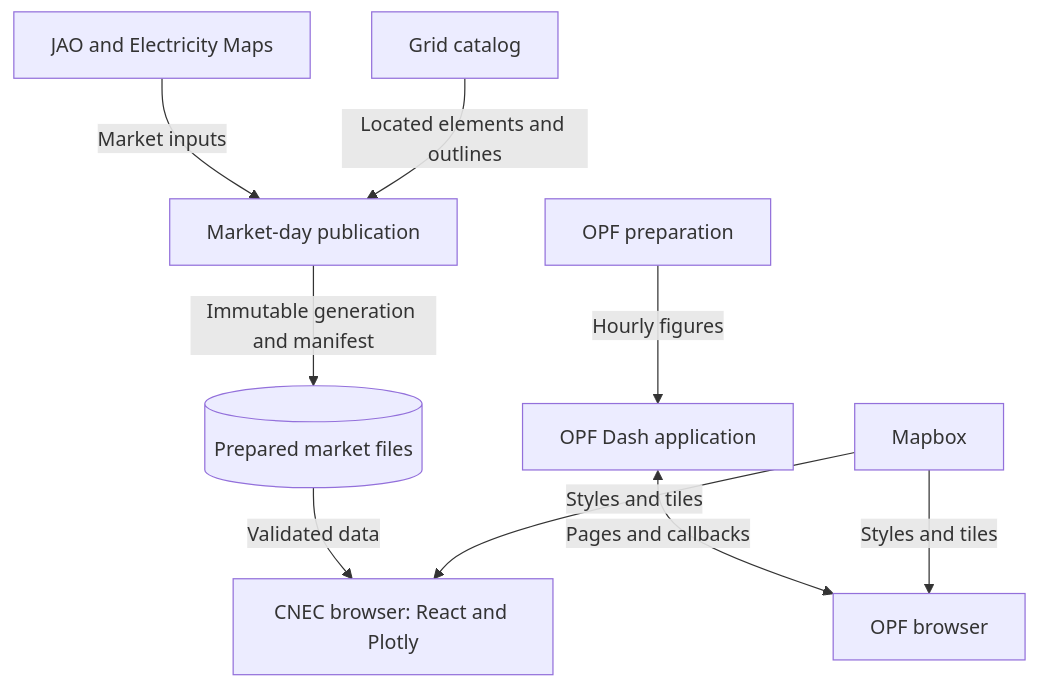
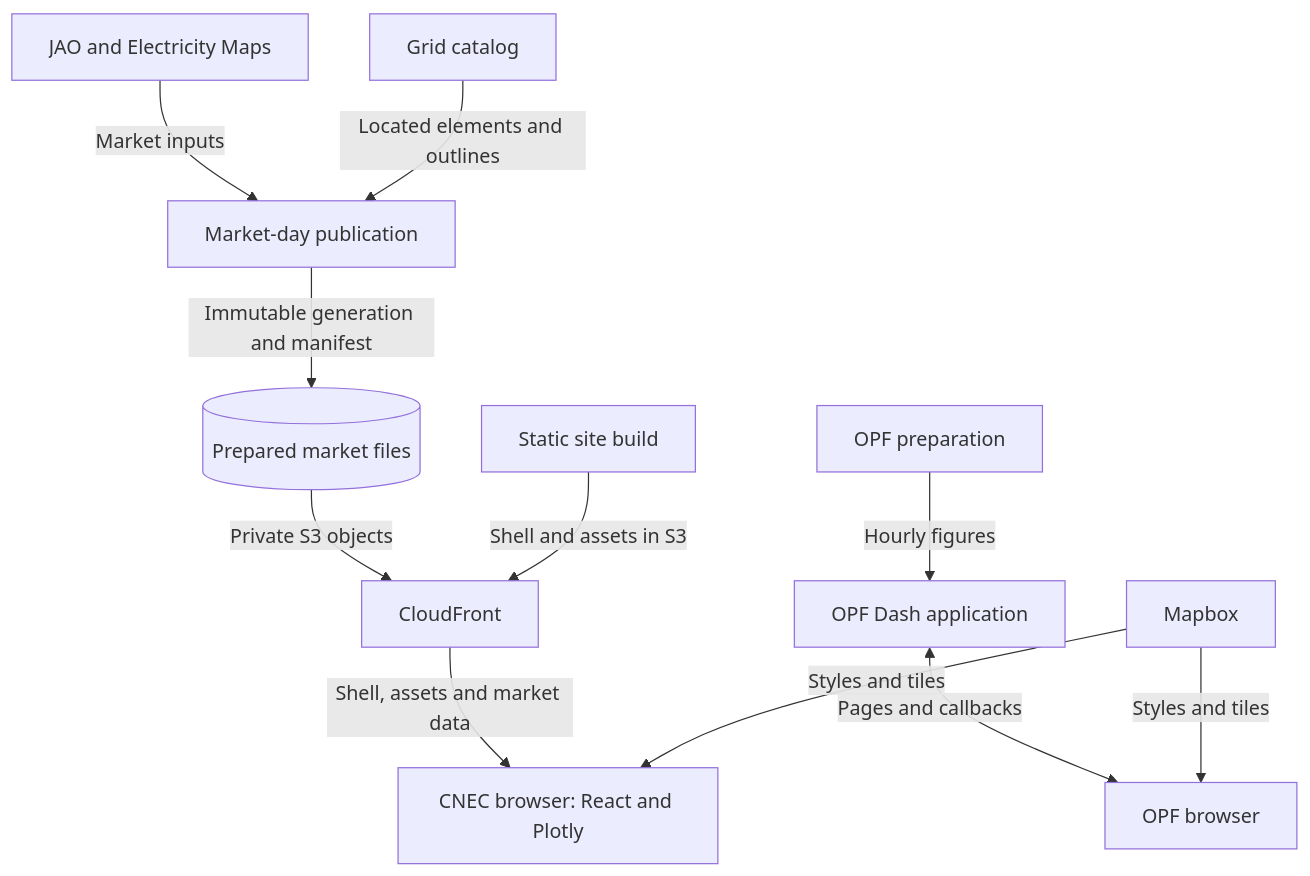
Before and after one commit to zoltanmaric/coppersushi: the diagram in README.md, drawn with Mermaid. The commit also changed other lines of this file and 12 other files, not shown here.

First line of the commit message:
Serve the CNEC site directly from S3 through CloudFront (#226)

````diff
--- a/README.md
+++ b/README.md
@@ -31,15 +31,17 @@
 ```mermaid
 flowchart TB
     market["JAO and Electricity Maps"] -->|Market inputs| publication["Market-day publication"]
     catalog["Grid catalog"] -->|Located elements and outlines| publication
     publication -->|Immutable generation and manifest| prepared[("Prepared market files")]
-    prepared -->|Validated data| browser["CNEC browser: React and Plotly"]
+    prepared -->|Private S3 objects| edge["CloudFront"]
+    build["Static site build"] -->|Shell and assets in S3| edge
+    edge -->|Shell, assets and market data| browser["CNEC browser: React and Plotly"]
     opf["OPF preparation"] -->|Hourly figures| server["OPF Dash application"]
     server <-->|Pages and callbacks| opfbrowser["OPF browser"]
     maps["Mapbox"] -->|Styles and tiles| browser
     maps -->|Styles and tiles| opfbrowser
     click catalog "https://github.com/zoltanmaric/coppersushi/blob/main/coppersushi/grid_catalog/README.md" "Grid catalog"
     click opf "https://github.com/zoltanmaric/coppersushi/blob/main/coppersushi/opf/README.md" "OPF"
     click publication "https://github.com/zoltanmaric/coppersushi/blob/main/coppersushi/publication/README.md" "Publication"
     click browser "https://github.com/zoltanmaric/coppersushi/blob/main/frontend/README.md" "CNEC browser"
 ```
````
